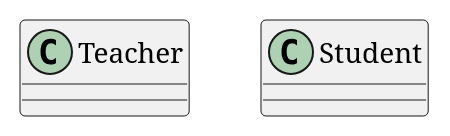
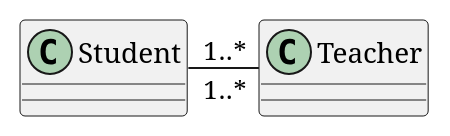
Before and after one commit to Anxiu0101/Semester4LectureNotes: the fourth of 6 diagrams in CS335FZ-Software-Engineering-Software-Process/FinalExam/UML Class Diagram.md, drawn with PlantUML. The commit also changed other lines of this file, not shown here.

````diff
--- a/CS335FZ-Software-Engineering-Software-Process/FinalExam/UML Class Diagram.md
+++ b/CS335FZ-Software-Engineering-Software-Process/FinalExam/UML Class Diagram.md
@@ -85,6 +85,6 @@
 ```puml
 class Teacher{}
 class Student{}
 
-
+Student "1..*"-"1..*" Teacher
 ```
````
